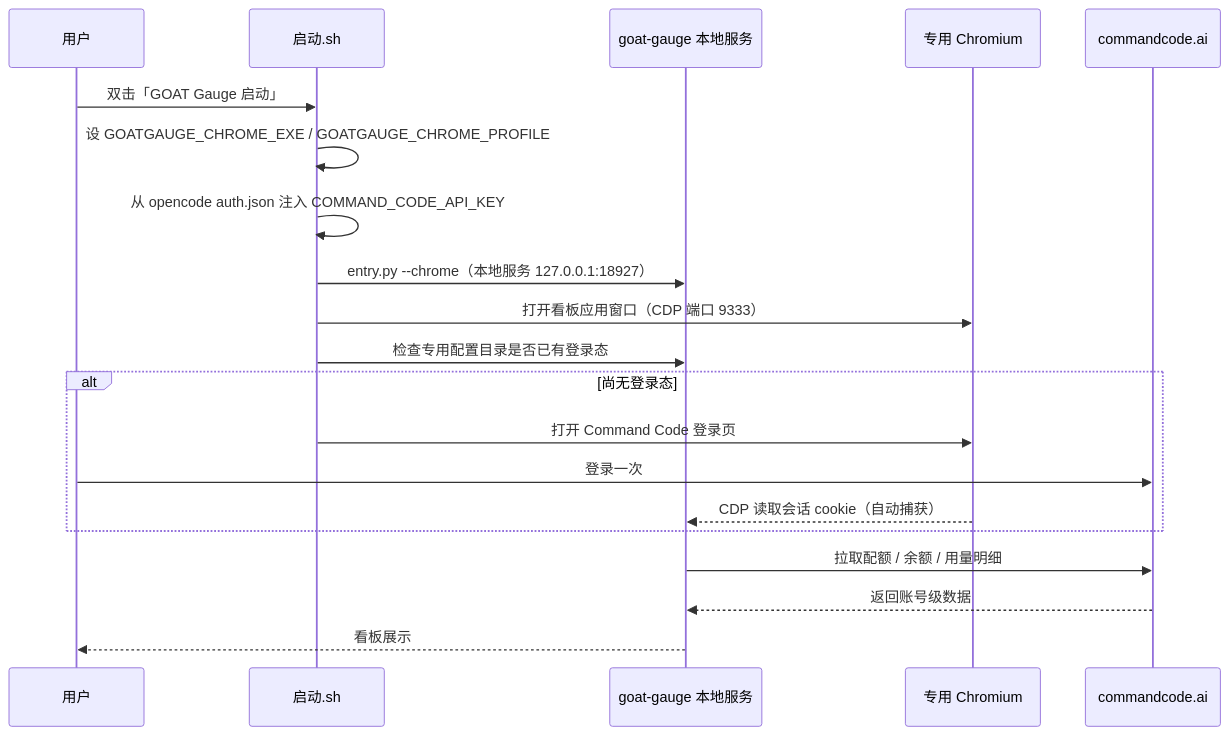
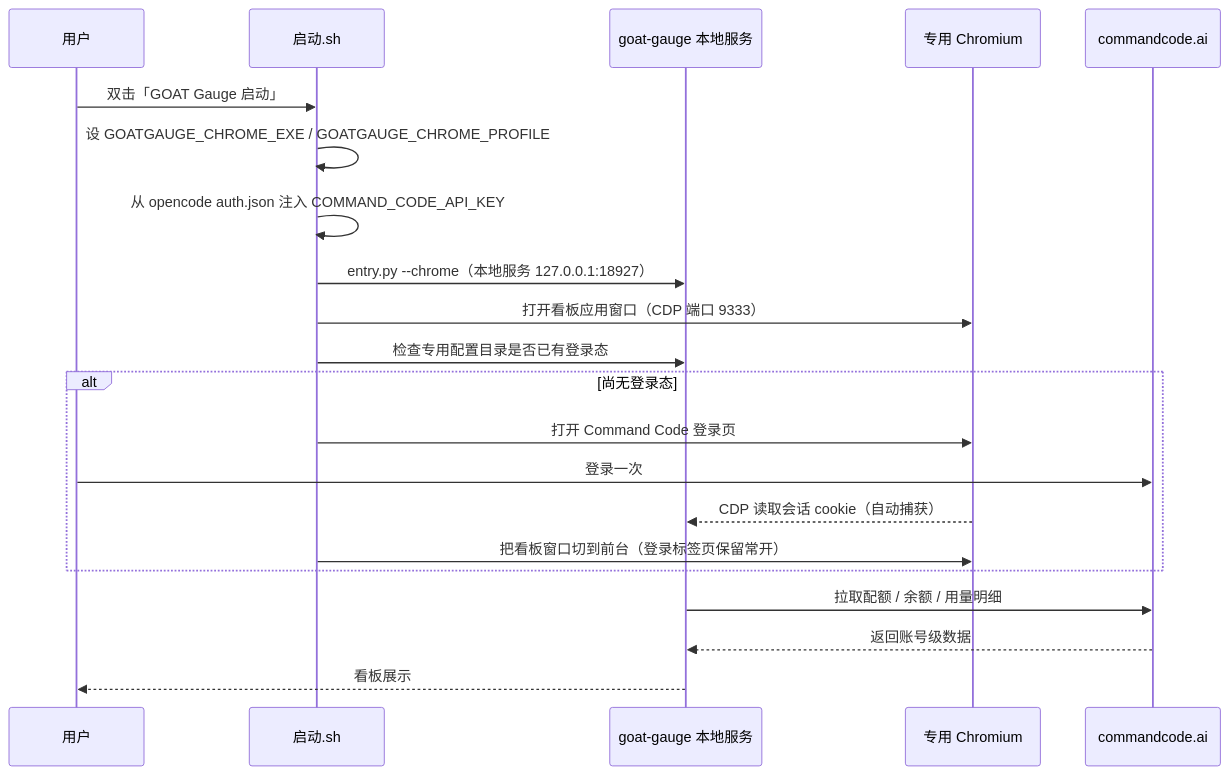
Before and after one commit to minjian123/basic-management-system: the diagram in bms文档/资料/开发机/goat-gauge部署使用说明.md, drawn with Mermaid. The commit also changed other lines of this file, not shown here.

````diff
--- a/bms文档/资料/开发机/goat-gauge部署使用说明.md
+++ b/bms文档/资料/开发机/goat-gauge部署使用说明.md
@@ -157,23 +166,24 @@
 ```mermaid
 sequenceDiagram
     participant U as 用户
     participant S as 启动.sh
     participant G as goat-gauge 本地服务
     participant C as 专用 Chromium
     participant CC as commandcode.ai
 
     U->>S: 双击「GOAT Gauge 启动」
     S->>S: 设 GOATGAUGE_CHROME_EXE / GOATGAUGE_CHROME_PROFILE
     S->>S: 从 opencode auth.json 注入 COMMAND_CODE_API_KEY
     S->>G: entry.py --chrome（本地服务 127.0.0.1:18927）
     S->>C: 打开看板应用窗口（CDP 端口 9333）
     S->>G: 检查专用配置目录是否已有登录态
     alt 尚无登录态
         S->>C: 打开 Command Code 登录页
         U->>CC: 登录一次
         C-->>G: CDP 读取会话 cookie（自动捕获）
+        S->>C: 把看板窗口切到前台（登录标签页保留常开）
     end
     G->>CC: 拉取配额 / 余额 / 用量明细
     CC-->>G: 返回账号级数据
     G-->>U: 看板展示
 ```
````
